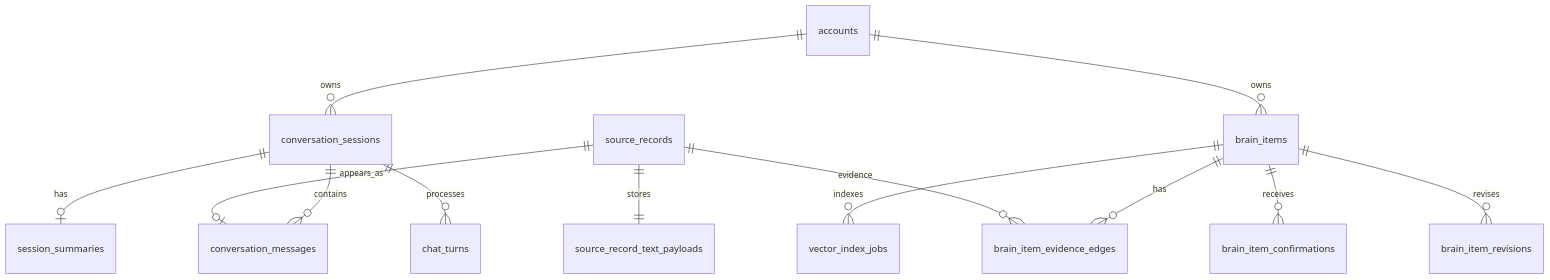
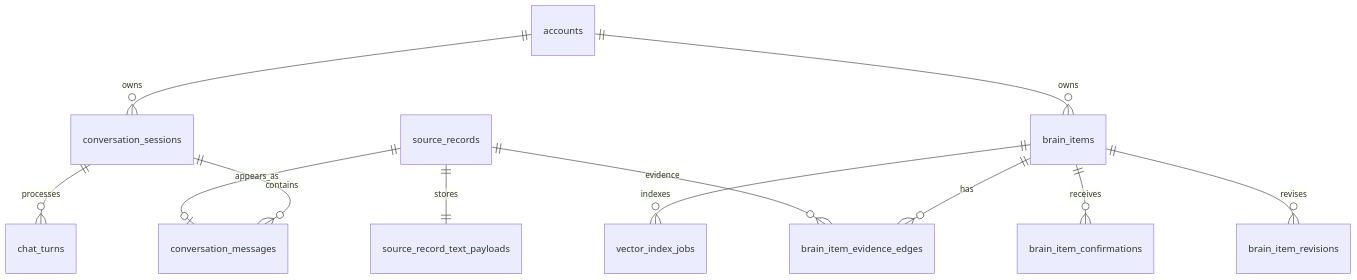
The second of 4 diagrams in docs/architecture/diary-chat-implementation-design.md (kkyosuke/me-builder), drawn with Mermaid before and after one commit. The commit also changed other lines of this file and 12 other files, not shown here.

First line of the commit message:
feat(lib): persist diary conversation sessions, messages, and turns (#63)

````diff
--- a/docs/architecture/diary-chat-implementation-design.md
+++ b/docs/architecture/diary-chat-implementation-design.md
@@ -98,15 +98,14 @@
 ```mermaid
 erDiagram
     accounts ||--o{ conversation_sessions : owns
     conversation_sessions ||--o{ conversation_messages : contains
-    conversation_sessions ||--o| session_summaries : has
     conversation_sessions ||--o{ chat_turns : processes
     source_records ||--|| source_record_text_payloads : stores
     source_records ||--o| conversation_messages : appears_as
     accounts ||--o{ brain_items : owns
     brain_items ||--o{ vector_index_jobs : indexes
     brain_items ||--o{ brain_item_evidence_edges : has
     source_records ||--o{ brain_item_evidence_edges : evidence
     brain_items ||--o{ brain_item_confirmations : receives
     brain_items ||--o{ brain_item_revisions : revises
 ```
````
